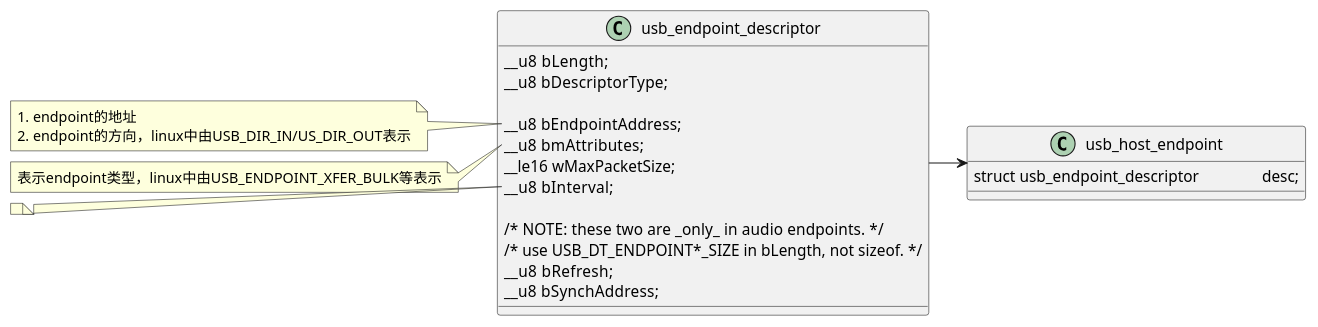
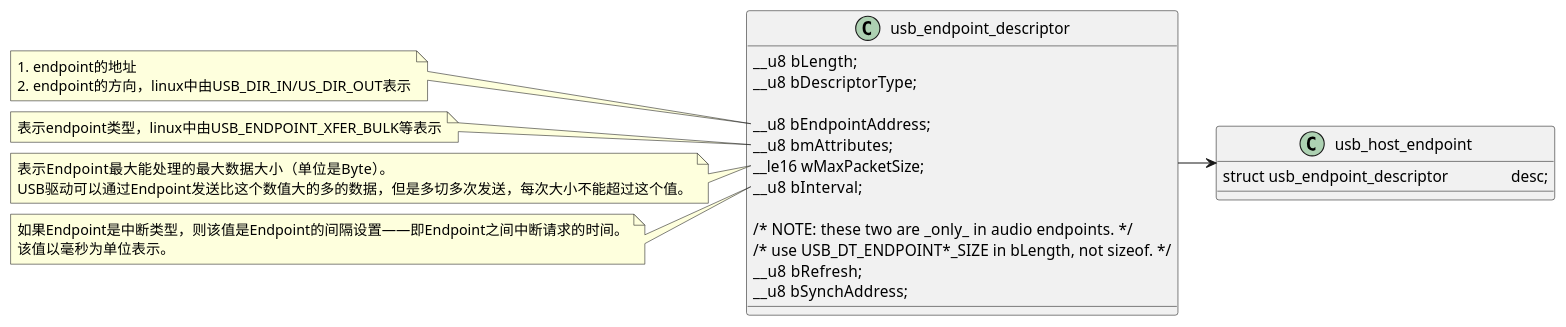
Before and after one commit to ray-jk-hong/ray-jk-hong.github.io: the diagram in source/_posts/Linux 驱动-Usb.md, drawn with PlantUML. The commit also changed other lines of this file and 1 other file, not shown here.

```diff
--- a/source/_posts/Linux 驱动-Usb.md
+++ b/source/_posts/Linux 驱动-Usb.md
@@ -40,36 +44,44 @@
 {% plantuml %}
 allowmixing
 
 class usb_endpoint_descriptor {
 	__u8  bLength;
 	__u8  bDescriptorType;
 
 	__u8  bEndpointAddress;
 	__u8  bmAttributes;
 	__le16 wMaxPacketSize;
 	__u8  bInterval;
 
 	/* NOTE:  these two are _only_ in audio endpoints. */
 	/* use USB_DT_ENDPOINT*_SIZE in bLength, not sizeof. */
 	__u8  bRefresh;
 	__u8  bSynchAddress;
 }
 
 class usb_host_endpoint {
     struct usb_endpoint_descriptor		desc;
 }
 
 usb_endpoint_descriptor -> usb_host_endpoint
 
 note left of usb_endpoint_descriptor::bEndpointAddress
     1. endpoint的地址
     2. endpoint的方向，linux中由USB_DIR_IN/US_DIR_OUT表示
 end note
 
 note left of usb_endpoint_descriptor::bmAttributes
     表示endpoint类型，linux中由USB_ENDPOINT_XFER_BULK等表示
 end note
 
+note left of usb_endpoint_descriptor::wMaxPacketSize
+    表示Endpoint最大能处理的最大数据大小（单位是Byte）。
+    USB驱动可以通过Endpoint发送比这个数值大的多的数据，但是多切多次发送，每次大小不能超过这个值。
+end note
+
 note left of usb_endpoint_descriptor::bInterval
+    如果Endpoint是中断类型，则该值是Endpoint的间隔设置——即Endpoint之间中断请求的时间。
+    该值以毫秒为单位表示。
 end note
+
 {% endplantuml %}
```
